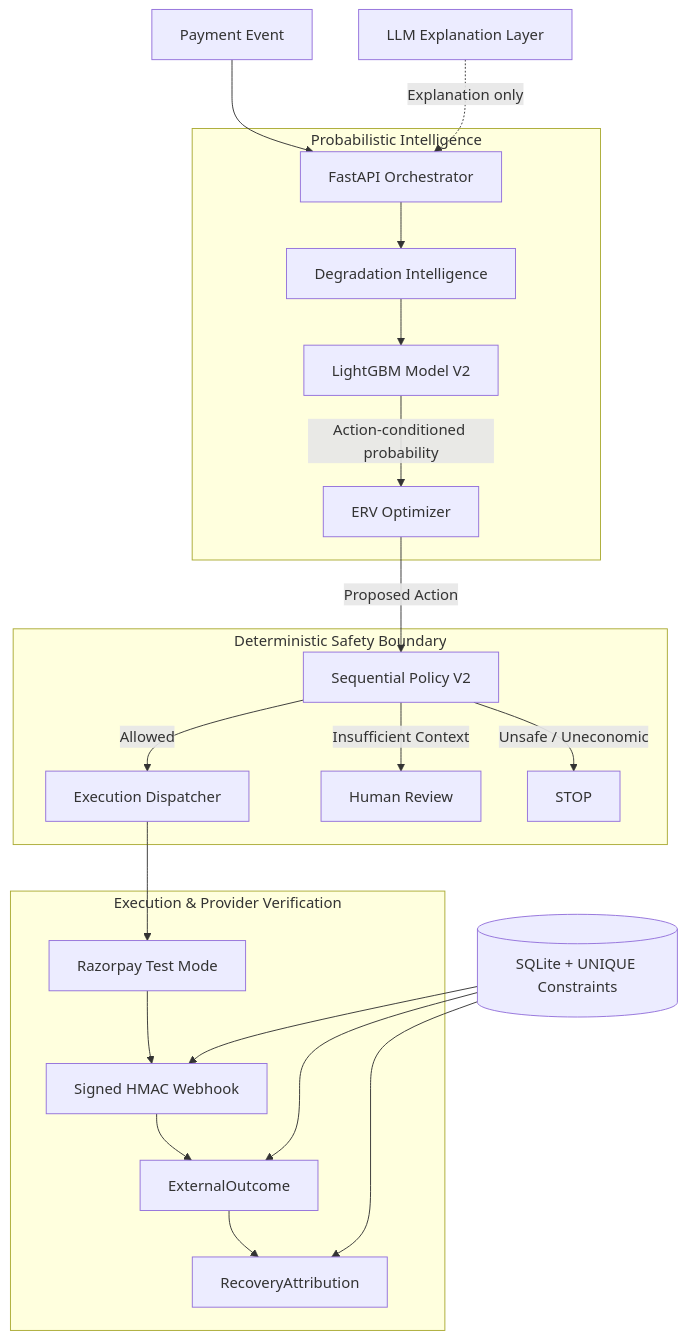
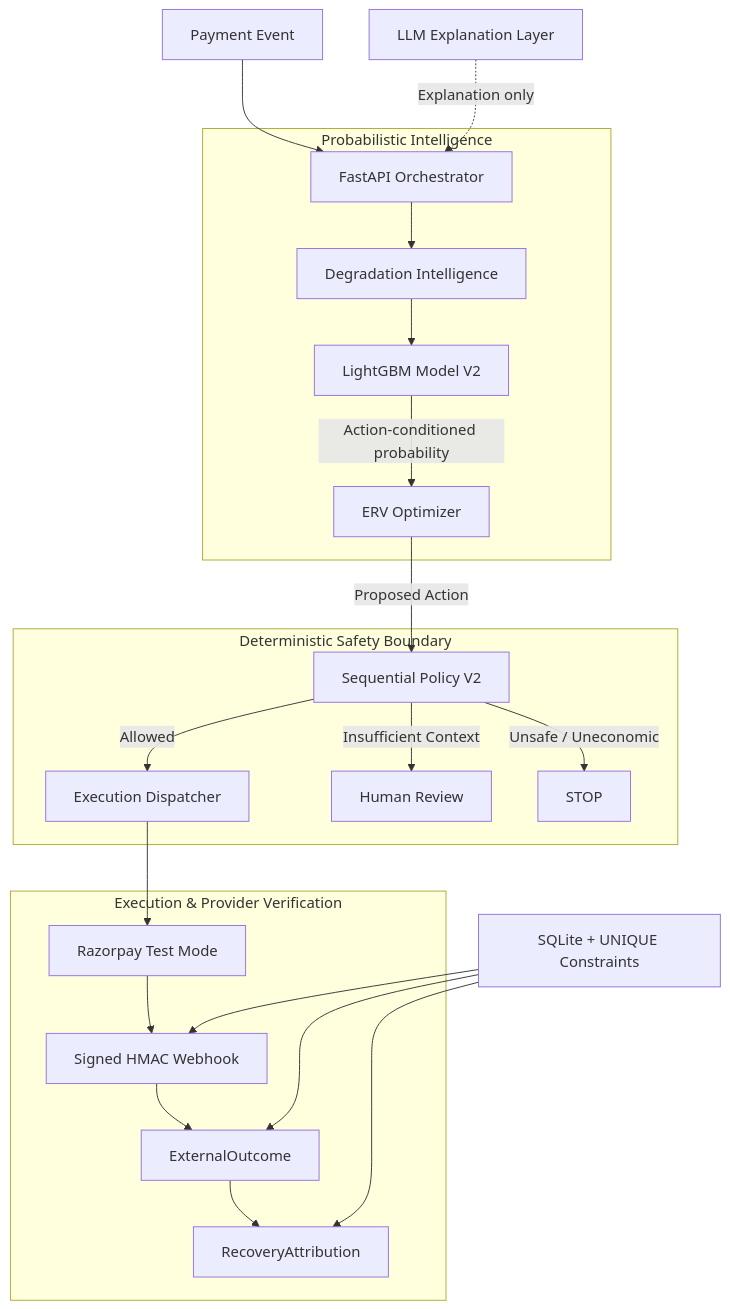
The diagram in README.md (rakesh-vajrapu/RecoveryIQ), drawn with Mermaid before and after one commit. The commit also changed 1 other file, not shown here.

Commit message:
docs: Completely remove special Mermaid shapes that cause GitHub rendering failures

````diff
--- a/README.md
+++ b/README.md
@@ -105,29 +105,29 @@
 ```mermaid
 flowchart TD
     Incoming["Payment Event"] --> Orchestrator["FastAPI Orchestrator"]
 
     subgraph Intelligence["Probabilistic Intelligence"]
         Orchestrator --> Health["Degradation Intelligence"]
         Health --> ML["LightGBM Model V2"]
         ML -->|Action-conditioned probability| ERV["ERV Optimizer"]
     end
 
     subgraph Safety["Deterministic Safety Boundary"]
         ERV -->|Proposed Action| Policy["Sequential Policy V2"]
         Policy -->|Allowed| Executor["Execution Dispatcher"]
         Policy -->|Insufficient Context| Human["Human Review"]
         Policy -->|Unsafe / Uneconomic| Stop["STOP"]
     end
 
     subgraph Verification["Execution & Provider Verification"]
         Executor --> Razorpay["Razorpay Test Mode"]
         Razorpay --> Webhook["Signed HMAC Webhook"]
         Webhook --> Outcome["ExternalOutcome"]
         Outcome --> Attribution["RecoveryAttribution"]
     end
 
     LLM["LLM Explanation Layer"] -.->|Explanation only| Orchestrator
-    DB[("SQLite + UNIQUE Constraints")] --> Webhook
+    DB["SQLite + UNIQUE Constraints"] --> Webhook
     DB --> Outcome
     DB --> Attribution
 ```
````
